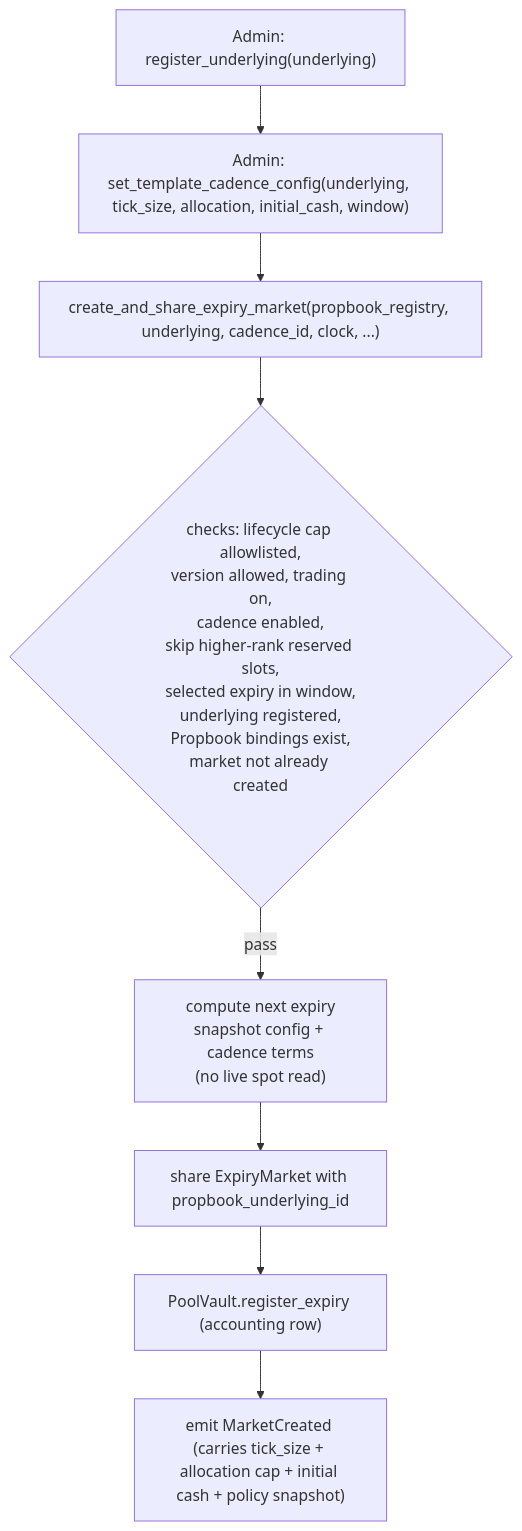
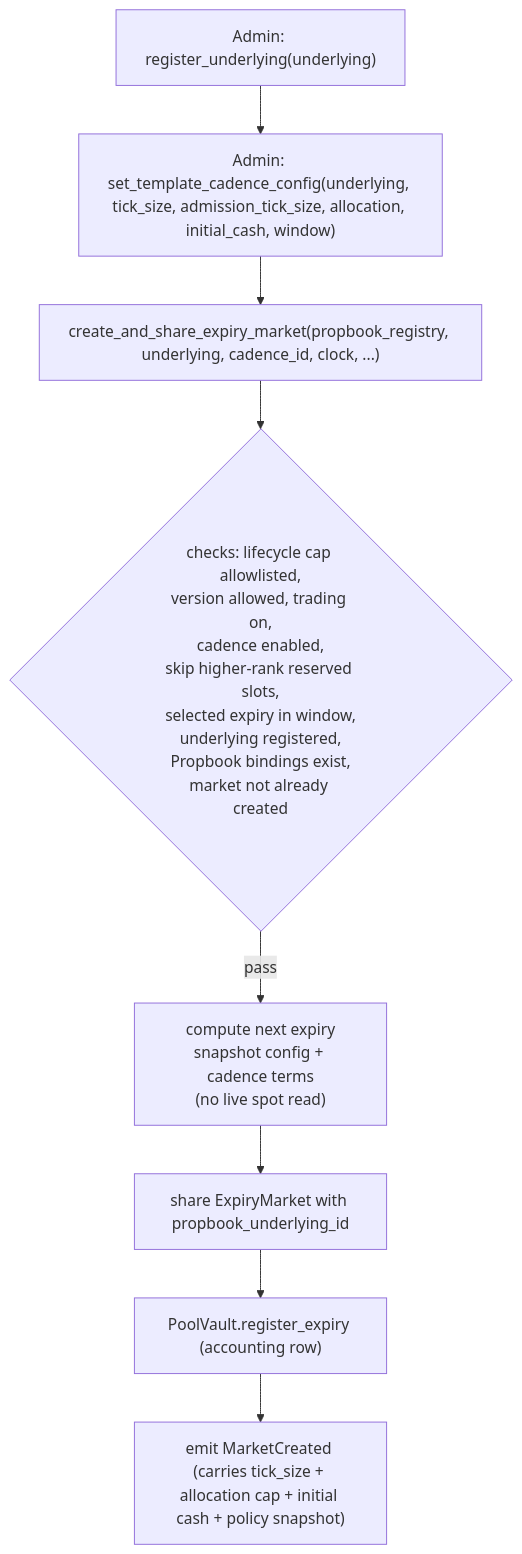
The first of 2 diagrams in packages/predict/docs/concepts/markets-and-positions.md (MystenLabs/deepbookv3), drawn with Mermaid before and after one commit. The commit also changed other lines of this file and 6 other files, not shown here.

````diff
--- a/packages/predict/docs/concepts/markets-and-positions.md
+++ b/packages/predict/docs/concepts/markets-and-positions.md
@@ -26,10 +26,10 @@
 ```mermaid
 flowchart TD
-  A["Admin: register_underlying(underlying)"] --> B["Admin: set_template_cadence_config(underlying, tick_size, allocation, initial_cash, window)"]
+  A["Admin: register_underlying(underlying)"] --> B["Admin: set_template_cadence_config(underlying, tick_size, admission_tick_size, allocation, initial_cash, window)"]
   B --> C["create_and_share_expiry_market(propbook_registry, underlying, cadence_id, clock, ...)"]
   C --> D{"checks: lifecycle cap allowlisted,<br/>version allowed, trading on,<br/>cadence enabled,<br/>skip higher-rank reserved slots,<br/>selected expiry in window,<br/>underlying registered,<br/>Propbook bindings exist,<br/>market not already created"}
   D -->|pass| E["compute next expiry<br/>snapshot config + cadence terms<br/>(no live spot read)"]
   E --> F["share ExpiryMarket with propbook_underlying_id"]
   F --> G["PoolVault.register_expiry (accounting row)"]
   G --> H["emit MarketCreated (carries tick_size + allocation cap + initial cash + policy snapshot)"]
 ```
````
